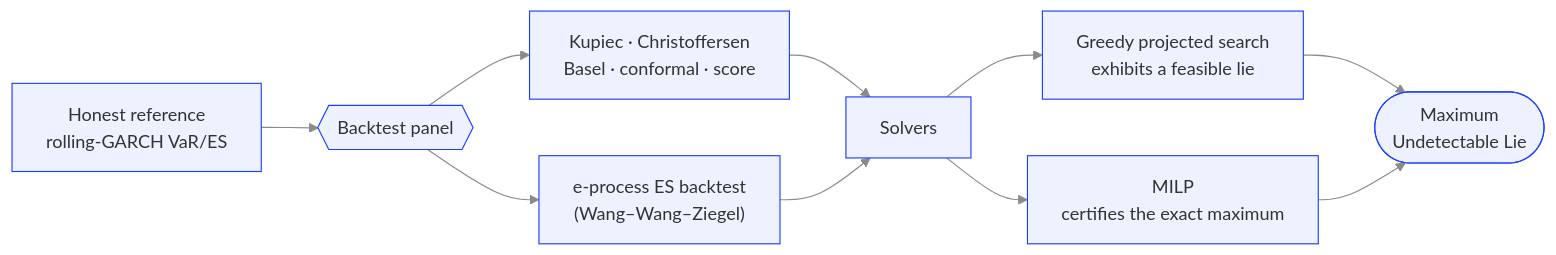
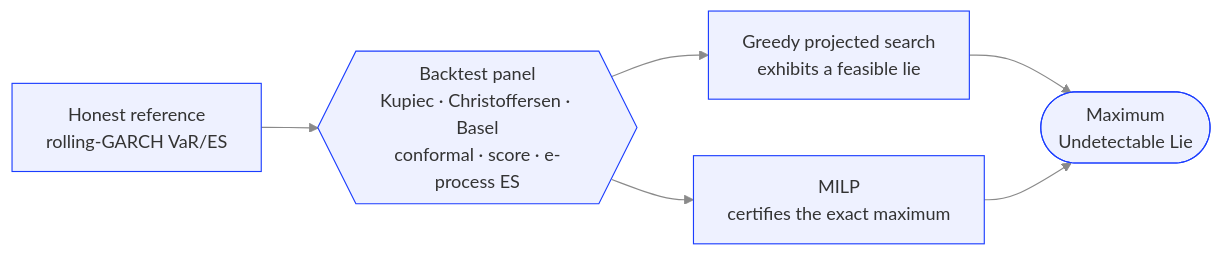
One commit to sarthakguptaquant/gaming-oracle changed the diagram in README.md. Above: the diagram before and after it, drawn with Mermaid. The commit also changed other lines of this file and 2 other files, not shown here.

````diff
--- a/README.md
+++ b/README.md
@@ -45,13 +37,9 @@
 ```mermaid
 %%{init: {'theme':'base','themeVariables':{'primaryColor':'#eef1ff','primaryBorderColor':'#1B3DFF','lineColor':'#8a8a8a','fontFamily':'ui-monospace, monospace'}}}%%
 flowchart LR
-    R["Honest reference<br/>rolling-GARCH VaR/ES"] --> P{{"Backtest panel"}}
-    P --> G1["Kupiec · Christoffersen<br/>Basel · conformal · score"]
-    P --> G2["e-process ES backtest<br/>(Wang–Wang–Ziegel)"]
-    G1 --> S["Solvers"]
-    G2 --> S
-    S --> A["Greedy projected search<br/>exhibits a feasible lie"]
-    S --> B["MILP<br/>certifies the exact maximum"]
-    A --> M(["Maximum<br/>Undetectable Lie"])
-    B --> M
+    R["Honest reference<br/>rolling-GARCH VaR/ES"] --> P{{"Backtest panel<br/>Kupiec · Christoffersen · Basel<br/>conformal · score · e-process ES"}}
+    P --> S1["Greedy projected search<br/>exhibits a feasible lie"]
+    P --> S2["MILP<br/>certifies the exact maximum"]
+    S1 --> M(["Maximum<br/>Undetectable Lie"])
+    S2 --> M
 ```
````
